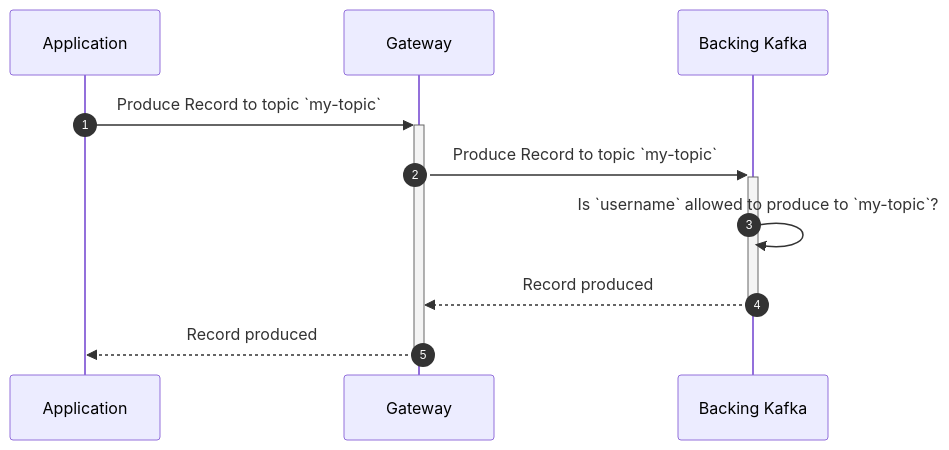
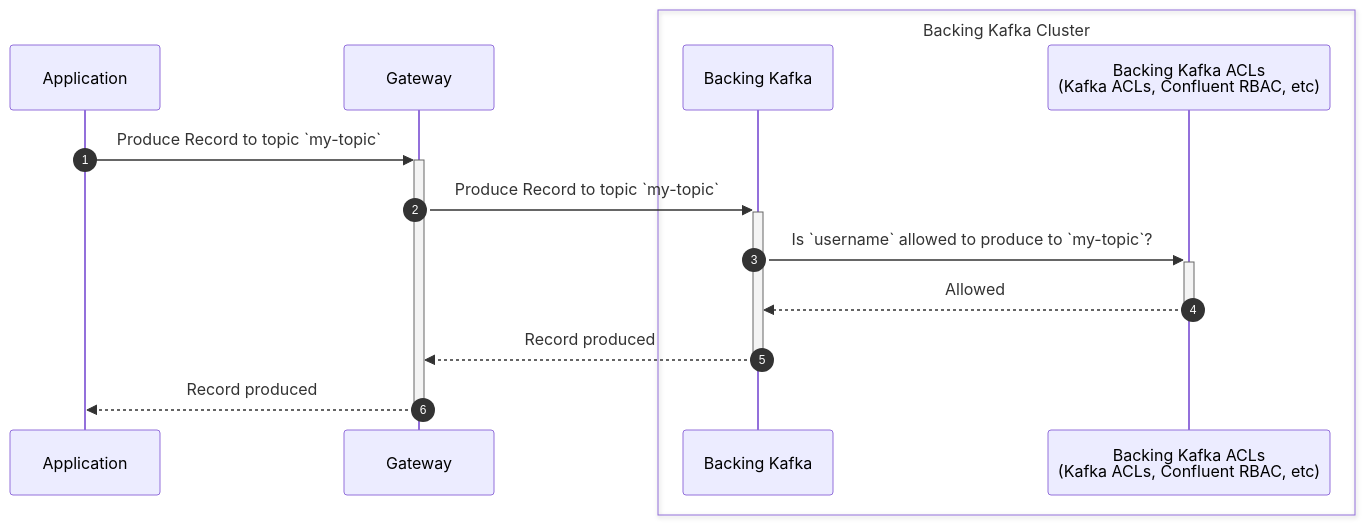
Before and after one commit to conduktor/conduktor-docs: the sixth of 8 diagrams in docs/gateway/configuration/index.md, drawn with Mermaid. The commit also changed other lines of this file, not shown here.

Commit message:
Option: with Backing Kafka ACLs

````diff
--- a/docs/gateway/configuration/index.md
+++ b/docs/gateway/configuration/index.md
@@ -132,14 +142,18 @@
 ```mermaid
 sequenceDiagram
 	autonumber
 	participant A as Application 
     participant GW as Gateway
-    participant K as Backing Kafka
+    box Backing Kafka Cluster
+    participant K as Backing Kafka 
+    participant K2 as Backing Kafka ACLs<br/>(Kafka ACLs, Confluent RBAC, etc)
+    end
 
     A->>+GW: Produce Record to topic `my-topic`
     GW->>+K: Produce Record to topic `my-topic`
-    K->>K: Is `username` allowed to produce to `my-topic`?
+    K->>+K2: Is `username` allowed to produce to `my-topic`?
+    K2-->>-K: Allowed
     K-->>-GW: Record produced
     GW-->>-A: Record produced
 
 ```
````
